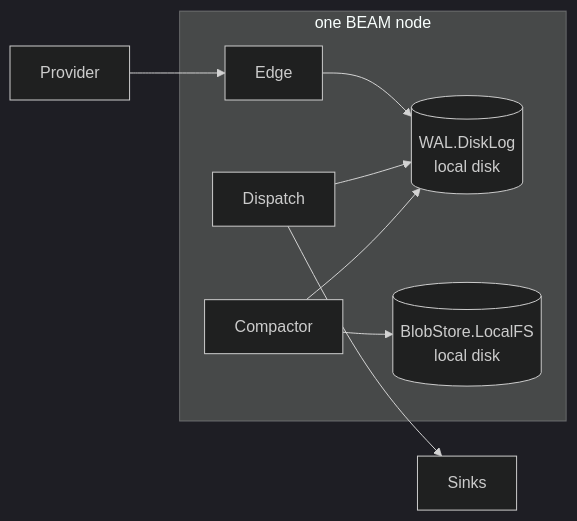
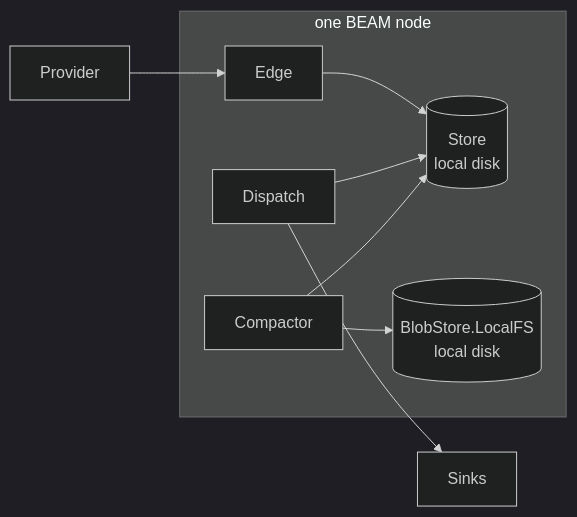
One commit to jamescarr/ankusa changed the fourth of 6 diagrams in docs/architecture.md. Above: the diagram before and after it, drawn with Mermaid (dark theme). The commit also changed other lines of this file and 129 other files, not shown here.

Commit message:
feat(store)!: one RocksDB store replaces the WAL, DLQ and state files (#54)

````diff
--- a/docs/architecture.md
+++ b/docs/architecture.md
@@ -259,11 +270,11 @@
 ```mermaid
 flowchart LR
     P[Provider] --> E[Edge]
     subgraph Node["one BEAM node"]
-        E --> WAL[("WAL.DiskLog\nlocal disk")]
-        Disp[Dispatch] --> WAL
-        Comp[Compactor] --> WAL
+        E --> S[("Store\nlocal disk")]
+        Disp[Dispatch] --> S
+        Comp[Compactor] --> S
         Comp --> BS[("BlobStore.LocalFS\nlocal disk")]
     end
     Disp --> SK[Sinks]
 ```
````
